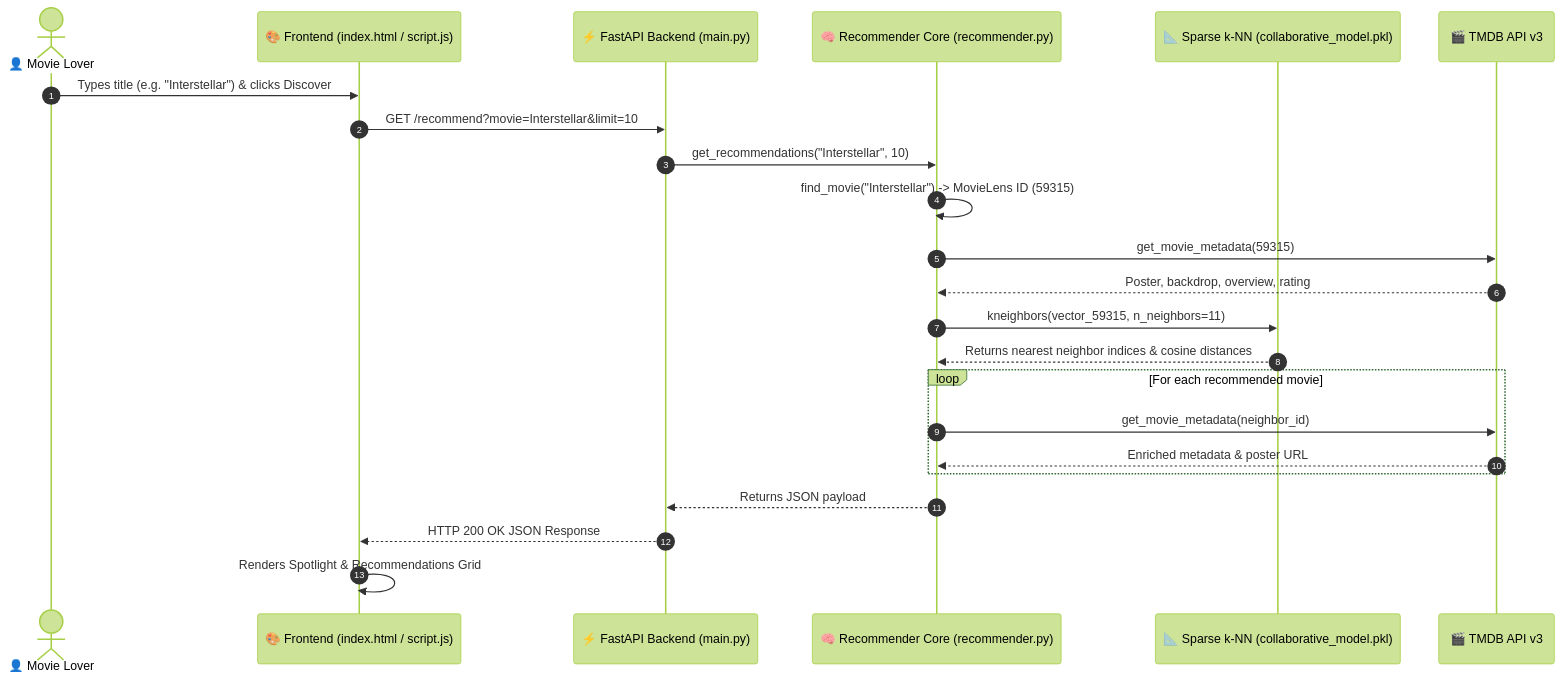
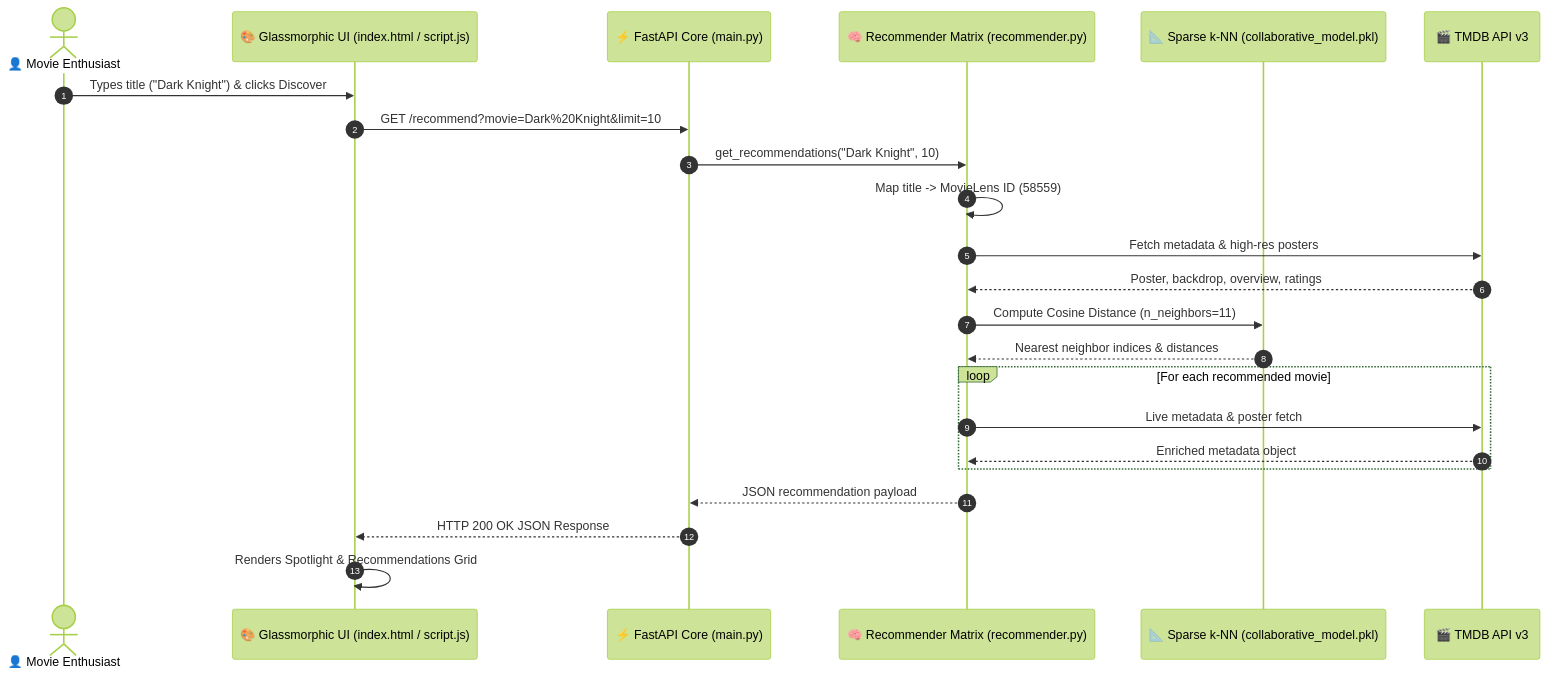
The diagram in README.md (Nersu-Abhinav/CineMatch-AI), drawn with Mermaid (forest theme) before and after one commit. The commit also changed other lines of this file, not shown here.

Commit message:
Upgrade README to futuristic movie theme with animated typing header, quantum feature grid, and cyber footer

````diff
--- a/README.md
+++ b/README.md
@@ -47,26 +76,26 @@
 ```mermaid
 sequenceDiagram
     autonumber
-    actor User as 👤 Movie Lover
-    participant UI as 🎨 Frontend (index.html / script.js)
-    participant API as ⚡ FastAPI Backend (main.py)
-    participant Rec as 🧠 Recommender Core (recommender.py)
+    actor User as 👤 Movie Enthusiast
+    participant UI as 🎨 Glassmorphic UI (index.html / script.js)
+    participant API as ⚡ FastAPI Core (main.py)
+    participant Rec as 🧠 Recommender Matrix (recommender.py)
     participant Model as 📐 Sparse k-NN (collaborative_model.pkl)
     participant TMDB as 🎬 TMDB API v3
 
-    User->>UI: Types title (e.g. "Interstellar") & clicks Discover
-    UI->>API: GET /recommend?movie=Interstellar&limit=10
-    API->>Rec: get_recommendations("Interstellar", 10)
-    Rec->>Rec: find_movie("Interstellar") -> MovieLens ID (59315)
-    Rec->>TMDB: get_movie_metadata(59315)
-    TMDB-->>Rec: Poster, backdrop, overview, rating
-    Rec->>Model: kneighbors(vector_59315, n_neighbors=11)
-    Model-->>Rec: Returns nearest neighbor indices & cosine distances
+    User->>UI: Types title ("Dark Knight") & clicks Discover
+    UI->>API: GET /recommend?movie=Dark%20Knight&limit=10
+    API->>Rec: get_recommendations("Dark Knight", 10)
+    Rec->>Rec: Map title -> MovieLens ID (58559)
+    Rec->>TMDB: Fetch metadata & high-res posters
+    TMDB-->>Rec: Poster, backdrop, overview, ratings
+    Rec->>Model: Compute Cosine Distance (n_neighbors=11)
+    Model-->>Rec: Nearest neighbor indices & distances
     loop For each recommended movie
-        Rec->>TMDB: get_movie_metadata(neighbor_id)
-        TMDB-->>Rec: Enriched metadata & poster URL
+        Rec->>TMDB: Live metadata & poster fetch
+        TMDB-->>Rec: Enriched metadata object
     end
-    Rec-->>API: Returns JSON payload
+    Rec-->>API: JSON recommendation payload
     API-->>UI: HTTP 200 OK JSON Response
     UI->>UI: Renders Spotlight & Recommendations Grid
 ```
````
